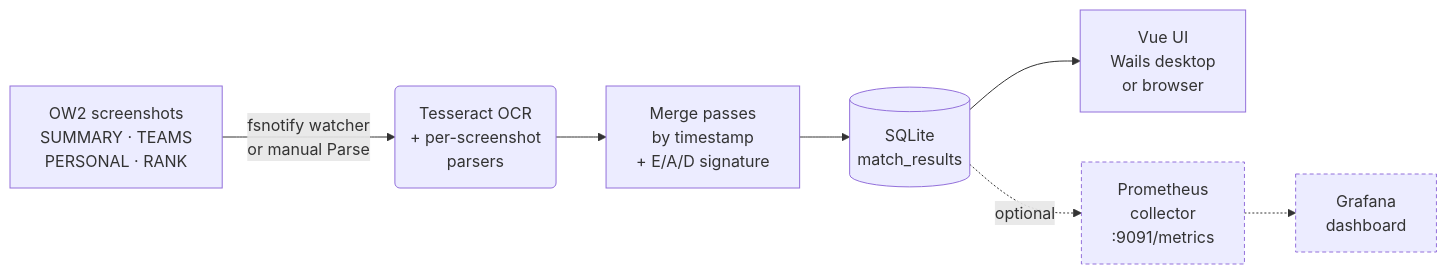
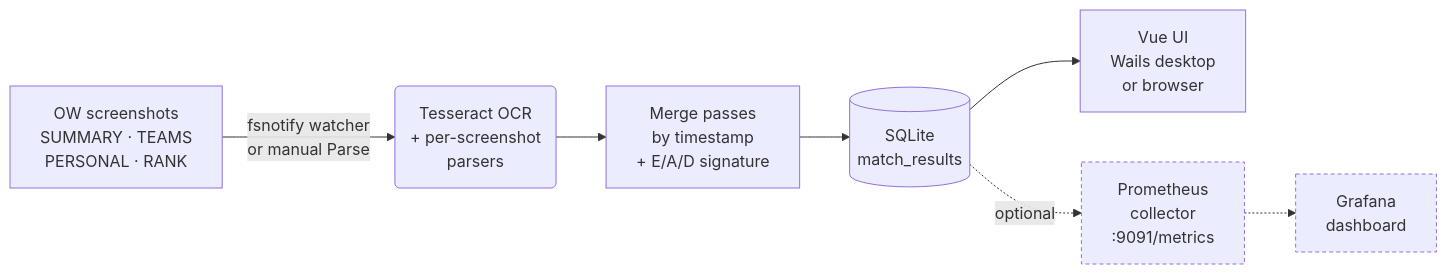
The diagram in README.md (sound-barrier/recall), drawn with Mermaid before and after one commit. The commit also changed other lines of this file and 10 other files, not shown here.

````diff
--- a/README.md
+++ b/README.md
@@ -9,11 +9,11 @@
 ```mermaid
 flowchart LR
-  A[OW2 screenshots<br/>SUMMARY · TEAMS<br/>PERSONAL · RANK] -->|fsnotify watcher<br/>or manual Parse| B(Tesseract OCR<br/>+ per-screenshot<br/>parsers)
+  A[OW screenshots<br/>SUMMARY · TEAMS<br/>PERSONAL · RANK] -->|fsnotify watcher<br/>or manual Parse| B(Tesseract OCR<br/>+ per-screenshot<br/>parsers)
   B --> C[Merge passes<br/>by timestamp<br/>+ E/A/D signature]
   C --> D[(SQLite<br/>match_results)]
   D --> E[Vue UI<br/>Wails desktop<br/>or browser]
   D -.->|optional| F[Prometheus<br/>collector<br/>:9091/metrics]
   F -.-> G[Grafana<br/>dashboard]
   classDef opt stroke-dasharray: 4 3
   class F,G opt
 ```
````
